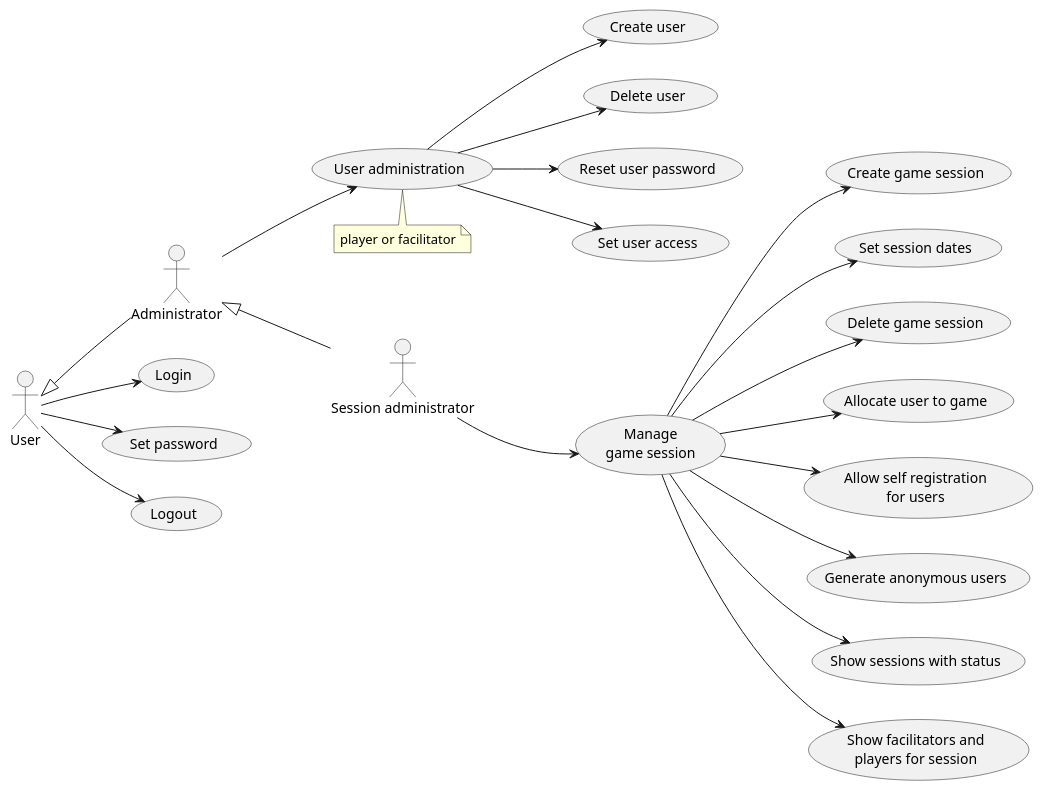
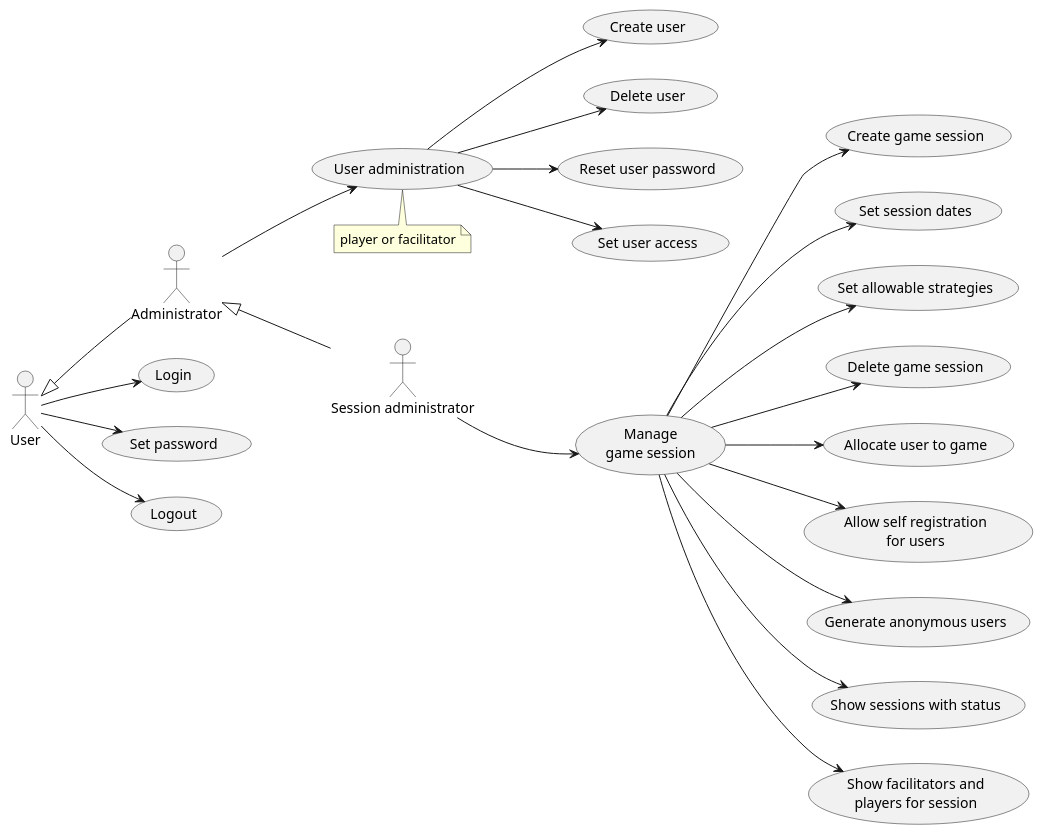
The diagram in doc/1-use-cases/diagrams/session-administration.puml (averbraeck/gscg-design), drawn with PlantUML before and after one commit. The commit also changed 3 other files, not shown here.

Commit message:
Issue #12. Define allowable strategies

```diff
--- a/doc/1-use-cases/diagrams/session-administration.puml
+++ b/doc/1-use-cases/diagrams/session-administration.puml
@@ -1,33 +1,34 @@
 @startuml
 left to right direction
  
 "Session administrator" as SA
 User <|-- Administrator
 Administrator <|-- SA
 
 User --> (Login)
 User --> (Set password)
 User --> (Logout)
 
 Administrator --> (User administration)
 note bottom
   player or facilitator
 end note
 
 (User administration) --> (Create user)
 (User administration) --> (Delete user)
 (User administration) --> (Reset user password)
 (User administration) --> (Set user access)
 
 "Manage\ngame session" as (Manage)
 SA --> Manage : "\n\n\n\n\n\n\n\n\n\n"
 Manage --> (Create game session)
 Manage --> (Set session dates)
+Manage --> (Set allowable strategies)
 Manage --> (Delete game session)
 Manage --> (Allocate user to game)
 Manage --> (Allow self registration\nfor users)
 Manage --> (Generate anonymous users)
 Manage --> (Show sessions with status)
 Manage --> (Show facilitators and\nplayers for session)
 
 @enduml
```
